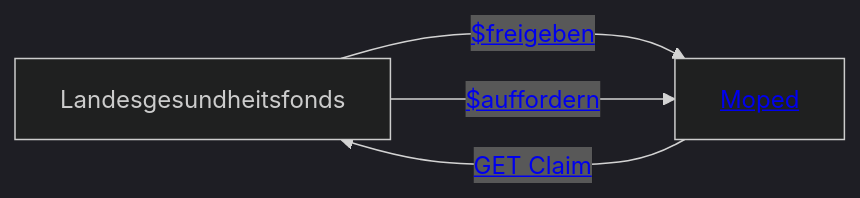
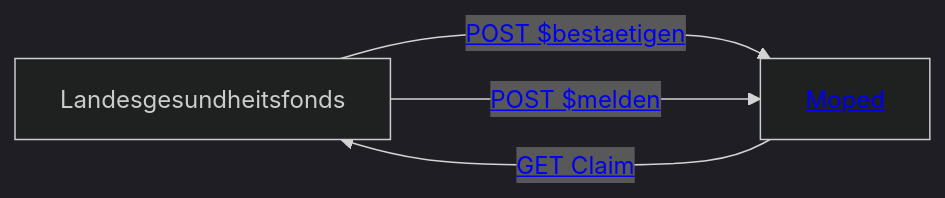
One commit to HL7Austria/ELGA-MOPED-R5 changed the fourth of 5 diagrams in input/pagecontent/actors.md. Above: the diagram before and after it, drawn with Mermaid (dark theme). The commit also changed other lines of this file and 5 other files, not shown here.

Commit message:
#388 #569 updated process diagrams and added content

```diff
--- a/input/pagecontent/actors.md
+++ b/input/pagecontent/actors.md
@@ -72,8 +68,8 @@
 <pre class="mermaid">
     graph LR
     LGF[Landesgesundheitsfonds]
     Moped[<a href="#top">Moped</a>] 
     Moped --->|<a href="StructureDefinition-MopedLKFRequest.html"> GET Claim</a>| LGF
-    LGF --->|<a href="OperationDefinition-MOPED.ClaimResponse.Freigeben.html"> $freigeben</a>| Moped
-    LGF --->|<a href="OperationDefinition-MOPED.ClaimResponse.Auffordern.html"> $auffordern</a>| Moped
+    LGF --->|<a href="TBD Bestätigen Operation"> POST $bestaetigen</a>| Moped
+    LGF --->|<a href="TBD ARK Melden"> POST $melden</a>| Moped
 </pre>
```
